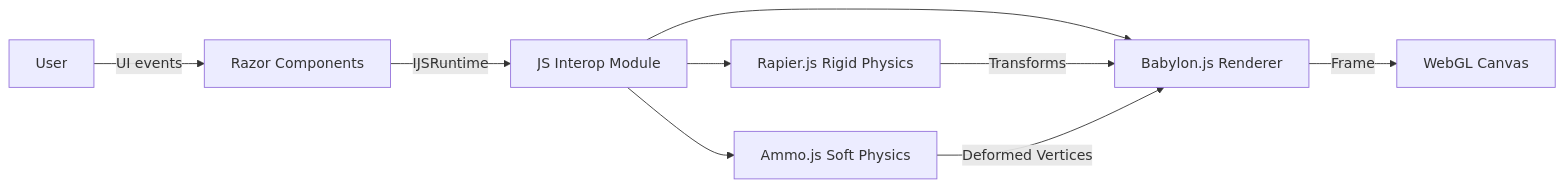
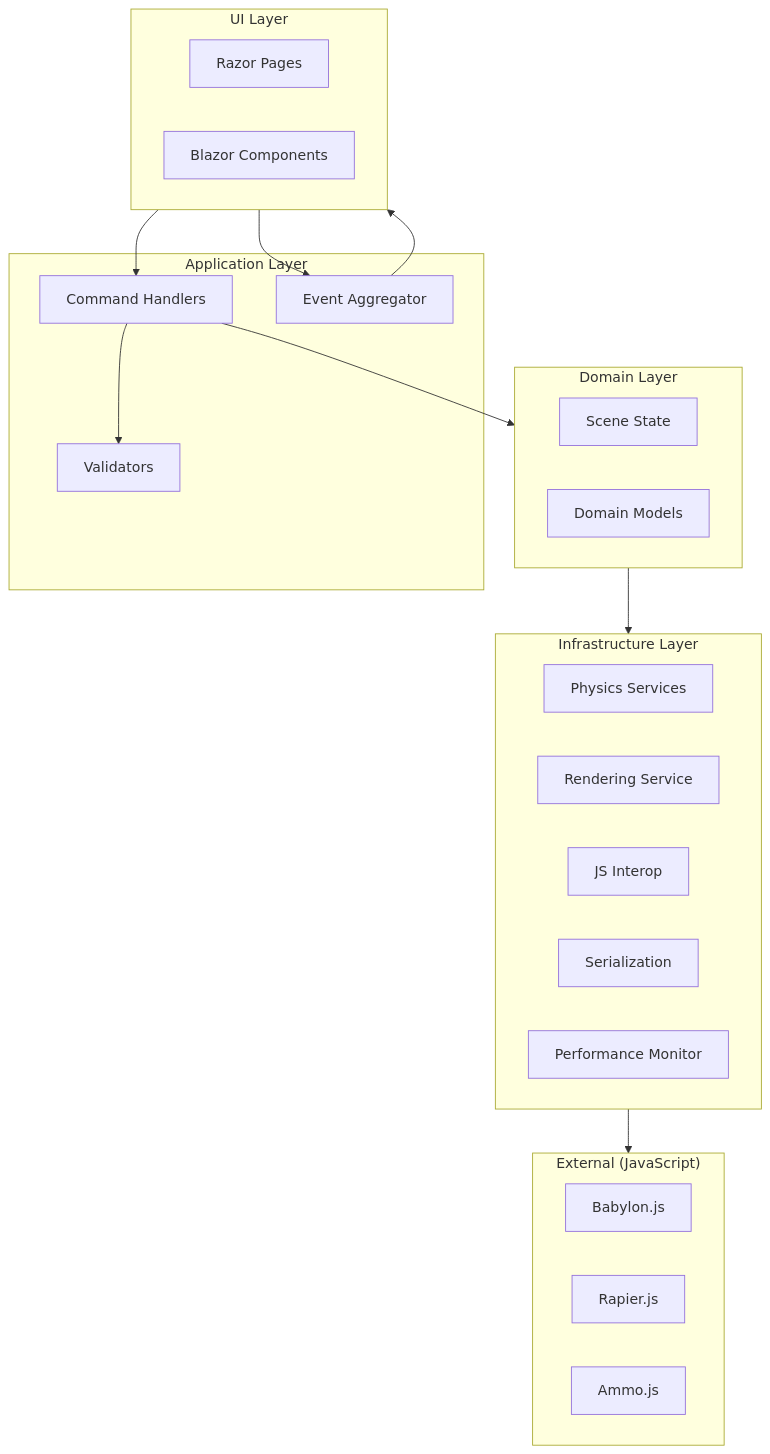
Before and after one commit to svgorkom/Blazor3DPhysics: the first of 3 diagrams in blazor-3d-bounce/docs/architecture.md, drawn with Mermaid. The commit also changed other lines of this file and 12 other files, not shown here.

Commit message:
Architectural change

````diff
--- a/blazor-3d-bounce/docs/architecture.md
+++ b/blazor-3d-bounce/docs/architecture.md
@@ -19,11 +29,40 @@
 ```mermaid
-flowchart LR
-    User -->|UI events| Blazor[Razor Components]
-    Blazor -->|IJSRuntime| Interop[JS Interop Module]
-    Interop --> Rendering[Babylon.js Renderer]
-    Interop --> PhysicsRigid[Rapier.js Rigid Physics]
-    Interop --> PhysicsSoft[Ammo.js Soft Physics]
-    PhysicsRigid -->|Transforms| Rendering
-    PhysicsSoft -->|Deformed Vertices| Rendering
-    Rendering -->|Frame| Canvas[WebGL Canvas]
+flowchart TB
+    subgraph UI["UI Layer"]
+        Pages[Razor Pages]
+        Components[Blazor Components]
+    end
+
+    subgraph Application["Application Layer"]
+        Commands[Command Handlers]
+        Events[Event Aggregator]
+        Validation[Validators]
+    end
+
+    subgraph Domain["Domain Layer"]
+        SceneState[Scene State]
+        Models[Domain Models]
+    end
+
+    subgraph Infrastructure["Infrastructure Layer"]
+        Physics[Physics Services]
+        Rendering[Rendering Service]
+        Interop[JS Interop]
+        Serialization[Serialization]
+        Performance[Performance Monitor]
+    end
+
+    subgraph External["External (JavaScript)"]
+        Babylon[Babylon.js]
+        Rapier[Rapier.js]
+        Ammo[Ammo.js]
+    end
+
+    UI --> Commands
+    UI --> Events
+    Commands --> Domain
+    Commands --> Validation
+    Events --> UI
+    Domain --> Infrastructure
+    Infrastructure --> External
 ```
````
